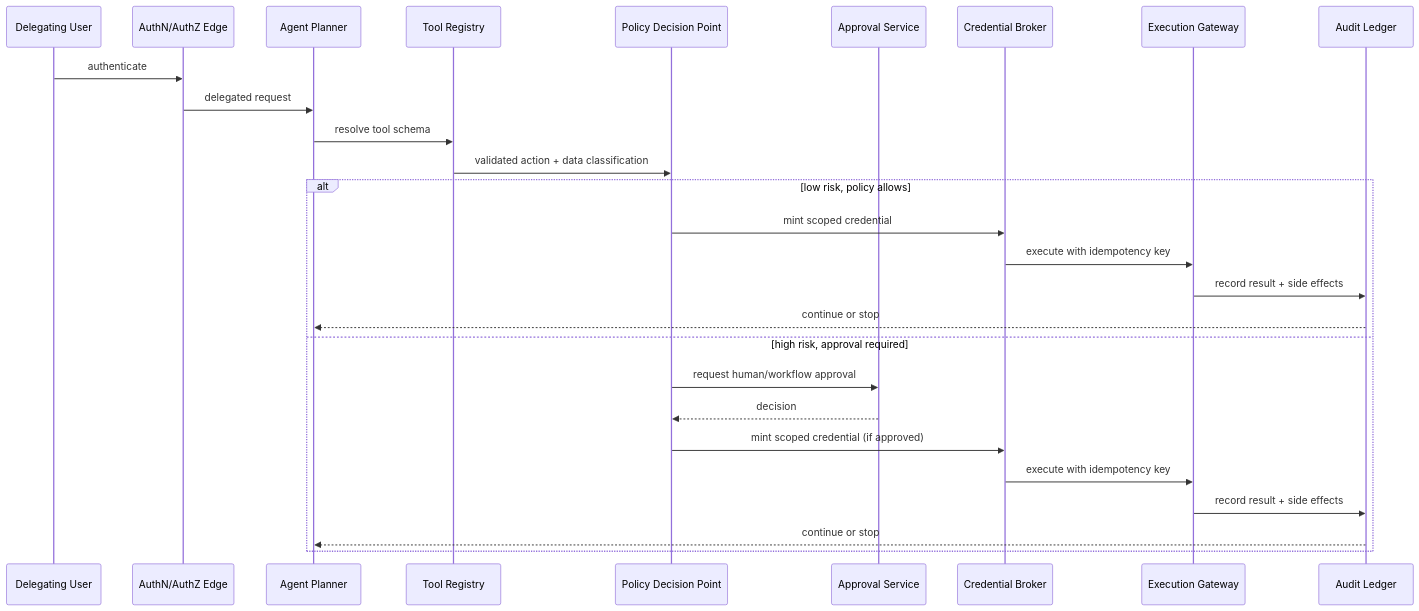
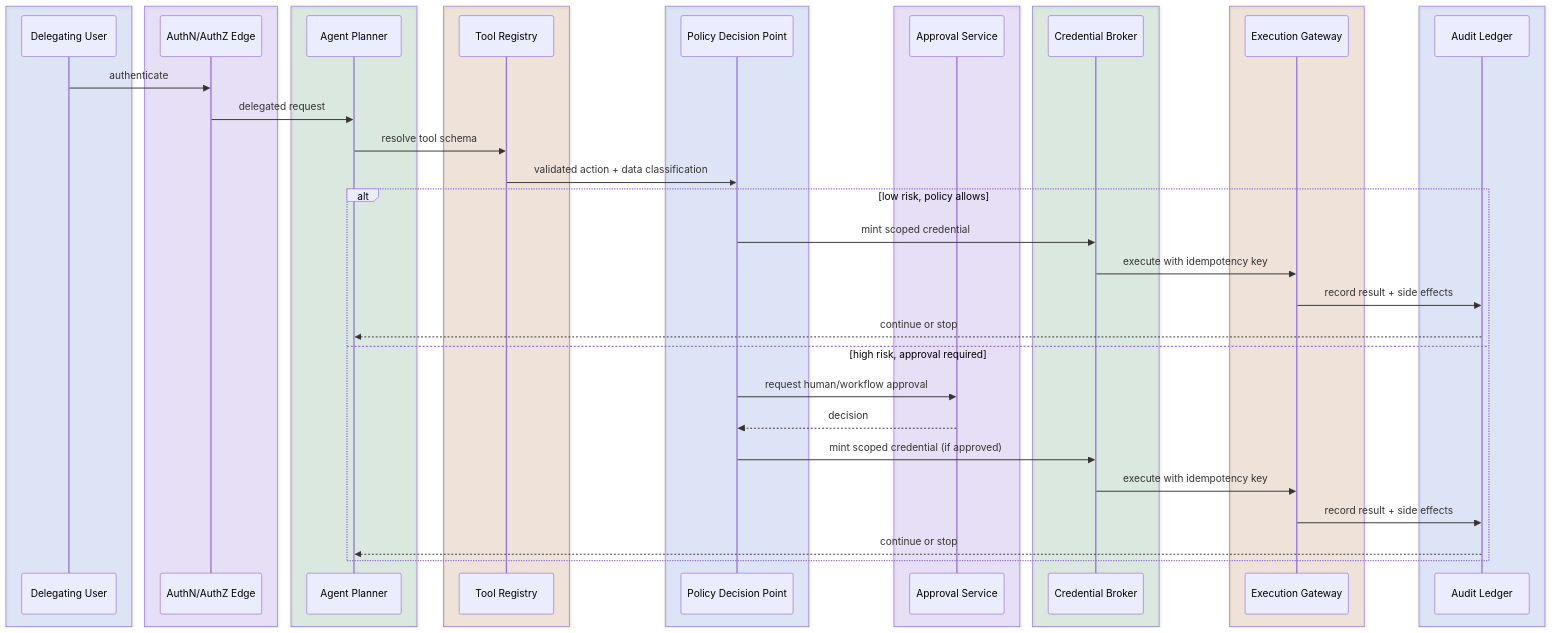
Before and after one commit to Sourav692/Forward-Deployed-Engineer-Interview-Prep: the fourth of 6 diagrams in site/content/modules/15-fde-case-studies/agents-that-act/tool-using-agent-with-safety-controls/full-pack-part-2.md, drawn with Mermaid. The commit also changed other lines of this file and 1268 other files, not shown here.

First line of the commit message:
content: polish Casebook writing and Mermaid diagrams (#251)

````diff
--- a/site/content/modules/15-fde-case-studies/agents-that-act/tool-using-agent-with-safety-controls/full-pack-part-2.md
+++ b/site/content/modules/15-fde-case-studies/agents-that-act/tool-using-agent-with-safety-controls/full-pack-part-2.md
@@ -92,29 +152,47 @@
 ```mermaid
 sequenceDiagram
-  participant User as Delegating User
-  participant Edge as AuthN/AuthZ Edge
-  participant Planner as Agent Planner
-  participant Registry as Tool Registry
-  participant PDP as Policy Decision Point
-  participant Approval as Approval Service
-  participant Broker as Credential Broker
-  participant Gateway as Execution Gateway
-  participant Ledger as Audit Ledger
+  box rgba(37,99,235,0.12)
+      participant User as Delegating User
+  end
+  box rgba(124,58,237,0.12)
+      participant Edge as AuthN/AuthZ Edge
+  end
+  box rgba(21,128,61,0.12)
+      participant Planner as Agent Planner
+  end
+  box rgba(180,83,9,0.12)
+      participant Registry as Tool Registry
+  end
+  box rgba(37,99,235,0.12)
+      participant PDP as Policy Decision Point
+  end
+  box rgba(124,58,237,0.12)
+      participant Approval as Approval Service
+  end
+  box rgba(21,128,61,0.12)
+      participant Broker as Credential Broker
+  end
+  box rgba(180,83,9,0.12)
+      participant Gateway as Execution Gateway
+  end
+  box rgba(37,99,235,0.12)
+      participant Ledger as Audit Ledger
+  end
   User->>Edge: authenticate
   Edge->>Planner: delegated request
   Planner->>Registry: resolve tool schema
   Registry->>PDP: validated action + data classification
   alt low risk, policy allows
     PDP->>Broker: mint scoped credential
     Broker->>Gateway: execute with idempotency key
     Gateway->>Ledger: record result + side effects
     Ledger-->>Planner: continue or stop
   else high risk, approval required
     PDP->>Approval: request human/workflow approval
     Approval-->>PDP: decision
     PDP->>Broker: mint scoped credential (if approved)
     Broker->>Gateway: execute with idempotency key
     Gateway->>Ledger: record result + side effects
     Ledger-->>Planner: continue or stop
   end
 ```
````
